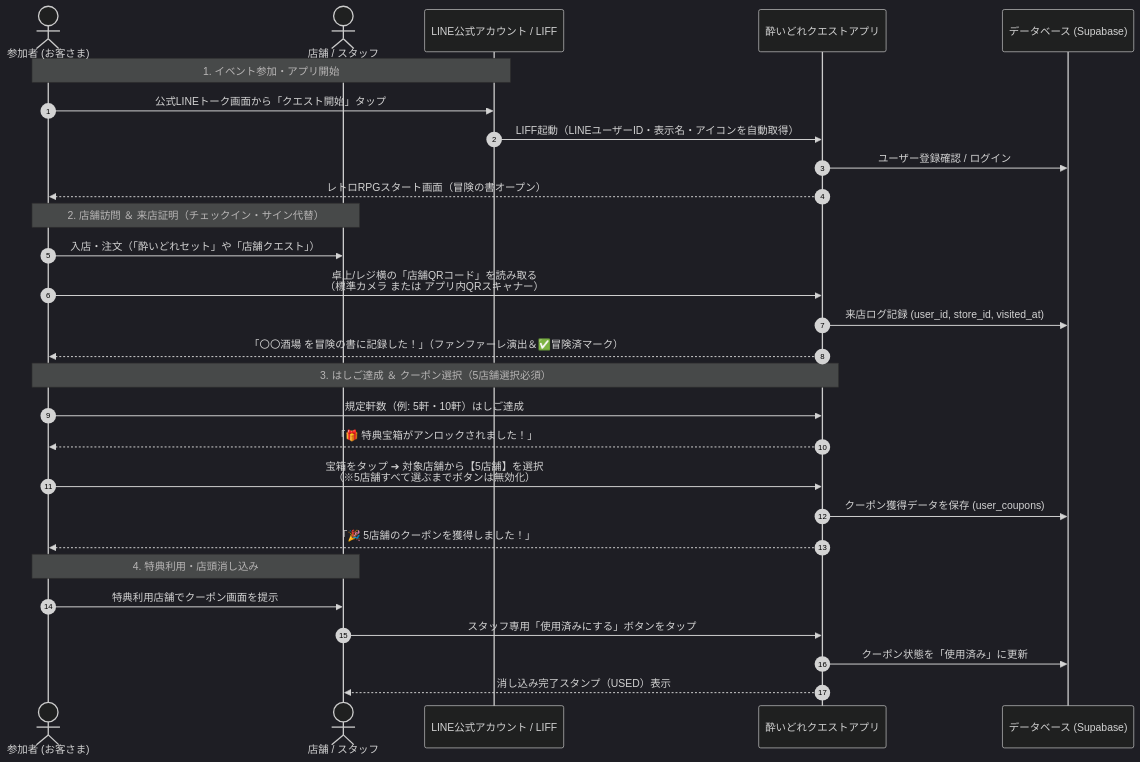
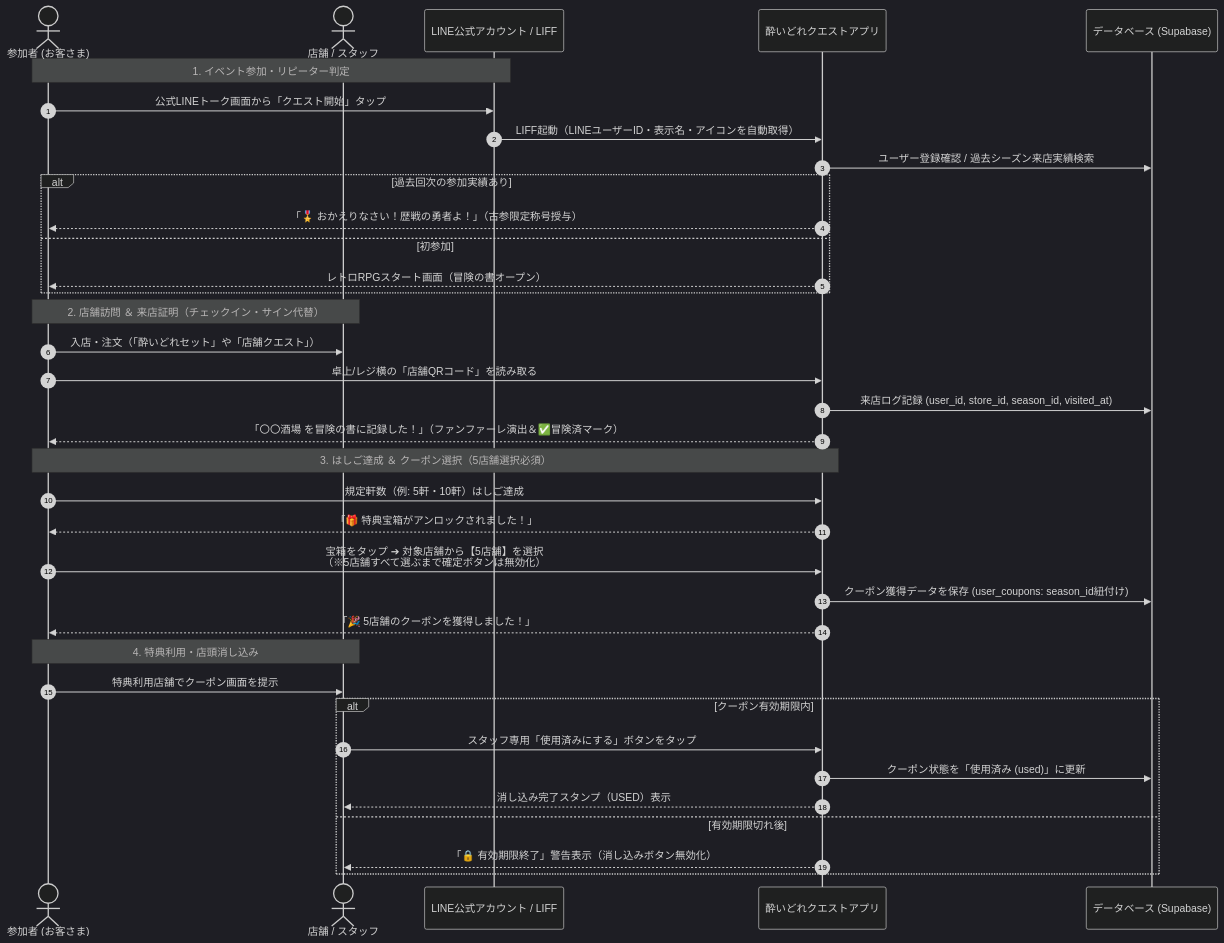
Before and after one commit to taishoyoidore-ui/yoidore-quest2: the second of 3 diagrams in SPECIFICATION.md, drawn with Mermaid (dark theme). The commit also changed other lines of this file and 10 other files, not shown here.

````diff
--- a/SPECIFICATION.md
+++ b/SPECIFICATION.md
@@ -62,34 +66,42 @@
 ```mermaid
 sequenceDiagram
     autonumber
     actor User as 参加者 (お客さま)
     actor Shop as 店舗 / スタッフ
     participant LINE as LINE公式アカウント / LIFF
     participant App as 酔いどれクエストアプリ
     participant DB as データベース (Supabase)
 
-    Note over User, LINE: 1. イベント参加・アプリ開始
+    Note over User, LINE: 1. イベント参加・リピーター判定
     User->>LINE: 公式LINEトーク画面から「クエスト開始」タップ
     LINE->>App: LIFF起動（LINEユーザーID・表示名・アイコンを自動取得）
-    App->>DB: ユーザー登録確認 / ログイン
-    App-->>User: レトロRPGスタート画面（冒険の書オープン）
+    App->>DB: ユーザー登録確認 / 過去シーズン来店実績検索
+    alt 過去回次の参加実績あり
+        App-->>User: 「🎖️ おかえりなさい！歴戦の勇者よ！」（古参限定称号授与）
+    else 初参加
+        App-->>User: レトロRPGスタート画面（冒険の書オープン）
+    end
 
     Note over User, Shop: 2. 店舗訪問 ＆ 来店証明（チェックイン・サイン代替）
     User->>Shop: 入店・注文（「酔いどれセット」や「店舗クエスト」）
-    User->>App: 卓上/レジ横の「店舗QRコード」を読み取る<br/>（標準カメラ または アプリ内QRスキャナー）
-    App->>DB: 来店ログ記録 (user_id, store_id, visited_at)
+    User->>App: 卓上/レジ横の「店舗QRコード」を読み取る
+    App->>DB: 来店ログ記録 (user_id, store_id, season_id, visited_at)
     App-->>User: 「〇〇酒場 を冒険の書に記録した！」（ファンファーレ演出＆✅冒険済マーク）
 
     Note over User, App: 3. はしご達成 ＆ クーポン選択（5店舗選択必須）
     User->>App: 規定軒数（例: 5軒・10軒）はしご達成
     App-->>User: 「🎁 特典宝箱がアンロックされました！」
-    User->>App: 宝箱をタップ ➔ 対象店舗から【5店舗】を選択<br/>（※5店舗すべて選ぶまでボタンは無効化）
-    App->>DB: クーポン獲得データを保存 (user_coupons)
+    User->>App: 宝箱をタップ ➔ 対象店舗から【5店舗】を選択<br/>（※5店舗すべて選ぶまで確定ボタンは無効化）
+    App->>DB: クーポン獲得データを保存 (user_coupons: season_id紐付け)
     App-->>User: 「🎉 5店舗のクーポンを獲得しました！」
 
     Note over User, Shop: 4. 特典利用・店頭消し込み
     User->>Shop: 特典利用店舗でクーポン画面を提示
-    Shop->>App: スタッフ専用「使用済みにする」ボタンをタップ
-    App->>DB: クーポン状態を「使用済み」に更新
-    App-->>Shop: 消し込み完了スタンプ（USED）表示
+    alt クーポン有効期限内
+        Shop->>App: スタッフ専用「使用済みにする」ボタンをタップ
+        App->>DB: クーポン状態を「使用済み (used)」に更新
+        App-->>Shop: 消し込み完了スタンプ（USED）表示
+    else 有効期限切れ後
+        App-->>Shop: 「🔒 有効期限終了」警告表示（消し込みボタン無効化）
+    end
 ```
````
